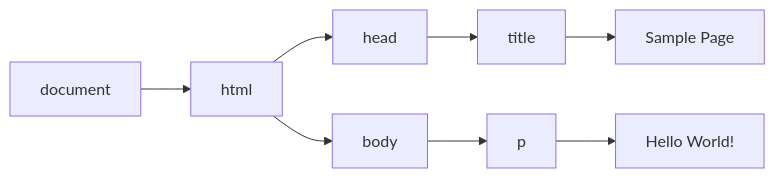
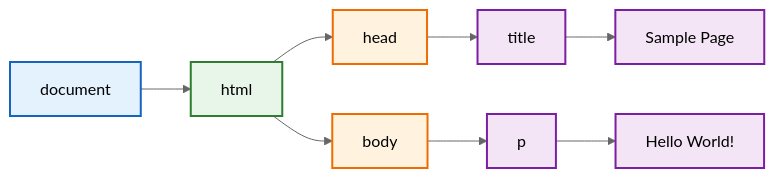
One commit to LBJhui/LBJhui-blog changed the diagram in docs/website/language/JavaScript/High-Performance JavaScript/第14章 DOM.md. Above: the diagram before and after it, drawn with Mermaid. The commit also changed other lines of this file and 4 other files, not shown here.

````diff
--- a/docs/website/language/JavaScript/High-Performance JavaScript/第14章 DOM.md
+++ b/docs/website/language/JavaScript/High-Performance JavaScript/第14章 DOM.md
@@ -16,9 +16,23 @@
 ```mermaid
+%%{init: { "theme": "neutral", "themeVariables": { "fontFamily": "Microsoft YaHei, sans-serif" }, "flowchart": { "curve": "basis" } }}%%
 graph LR
-A[document] --> B[html]
-B --> C[head]
-C --> D[title] --> H[Sample Page]
-B --> E[body]
-E --> F[p]
-F --> G[Hello World!]
+    A[document] --> B[html]
+    B --> C[head]
+    C --> D[title] --> H["Sample Page"]
+    B --> E[body]
+    E --> F[p]
+    F --> G["Hello World!"]
+
+    %% 样式定义
+    classDef level0 fill:#E3F2FD,stroke:#1565C0,stroke-width:2px;
+    classDef level1 fill:#E8F5E9,stroke:#2E7D32,stroke-width:2px;
+    classDef level2 fill:#FFF3E0,stroke:#EF6C00,stroke-width:2px;
+    classDef level3 fill:#F3E5F5,stroke:#7B1FA2,stroke-width:2px;
+
+    %% 样式应用
+    class A level0;
+    class B level1;
+    class C,E level2;
+    class D,F level3;
+    class H,G level3;
 ```
````
